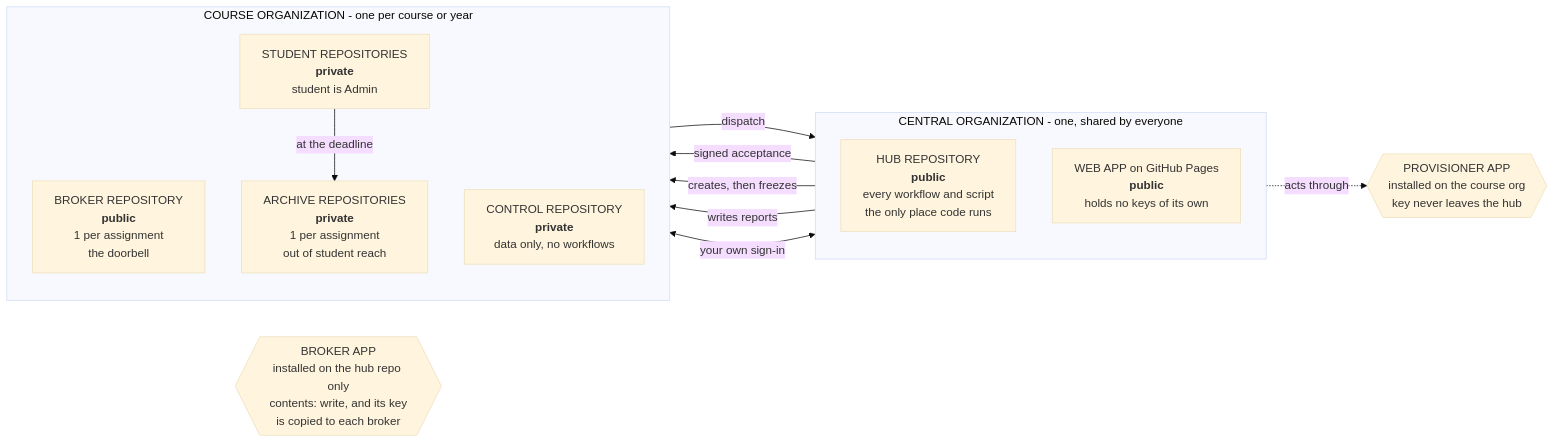
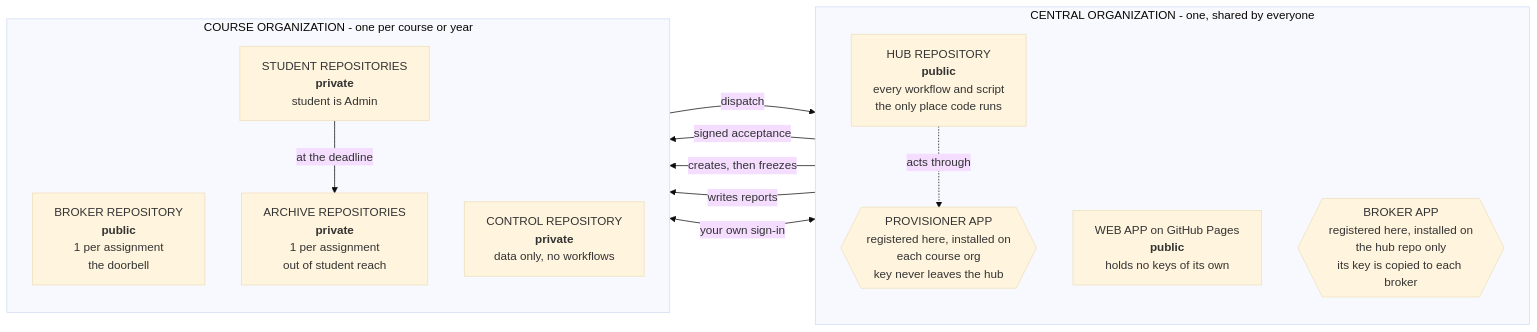
One commit to PXL-Digital-Application-Samples/pxl-classroom changed the second of 2 diagrams in README.md. Above: the diagram before and after it, drawn with Mermaid (base theme).

Commit message:
fix(readme): the Apps are registered in the central org - say both relationships
Asked why they were floating outside every box, which was the right question:
they are not. A GitHub App is OWNED by an account and lives in that account's
settings. Both of these are owned by the central organization -
`create-broker-app.mjs` posts to
`github.com/organizations/<HUB_OWNER>/settings/apps/new`, and INSTALL.md says
"New GitHub App owned by PXL-Digital-Application-Samples".

So the earlier placement inside CENTRAL was right and the LABEL was wrong:
"installed on your org" beside a box saying Central read as one claim about
location when there are two different relationships in play.

  registered in   the central organization - both, always
  installed on    Provisioner -> each course org
                  Broker      -> the hub repository only

Moving them out was the wrong correction to a real problem. Both are back
where they belong, and the labels now carry both facts rather than the box
carrying one and the text the other.

````diff
--- a/README.md
+++ b/README.md
@@ -188,27 +188,26 @@
 ```mermaid
 flowchart LR
     subgraph Central["CENTRAL ORGANIZATION - one, shared by everyone"]
         direction TB
         Hub["HUB REPOSITORY<br/><b>public</b><br/>every workflow and script<br/>the only place code runs"]
         Pages["WEB APP on GitHub Pages<br/><b>public</b><br/>holds no keys of its own"]
+        ProvApp{{"PROVISIONER APP<br/>registered here, installed on<br/>each course org<br/>key never leaves the hub"}}
+        BrokApp{{"BROKER APP<br/>registered here, installed on<br/>the hub repo only<br/>its key is copied to each broker"}}
     end
-
-    ProvApp{{"PROVISIONER APP<br/>installed on the course org<br/>key never leaves the hub"}}
-    BrokApp{{"BROKER APP<br/>installed on the hub repo only<br/>contents: write, and its key<br/>is copied to each broker"}}
 
     subgraph Course["COURSE ORGANIZATION - one per course or year"]
         direction TB
         Broker["BROKER REPOSITORY<br/><b>public</b><br/>1 per assignment<br/>the doorbell"]
         Control["CONTROL REPOSITORY<br/><b>private</b><br/>data only, no workflows"]
         Student["STUDENT REPOSITORIES<br/><b>private</b><br/>student is Admin"]
         Archive["ARCHIVE REPOSITORIES<br/><b>private</b><br/>1 per assignment<br/>out of student reach"]
     end
 
     Pages -->|"signed acceptance"| Broker
     Broker -->|"dispatch"| Hub
     Hub -->|"creates, then freezes"| Student
     Hub -->|"writes reports"| Control
     Student -->|"at the deadline"| Archive
     Pages <-->|"your own sign-in"| Control
     Hub -.->|"acts through"| ProvApp
 ```
````
